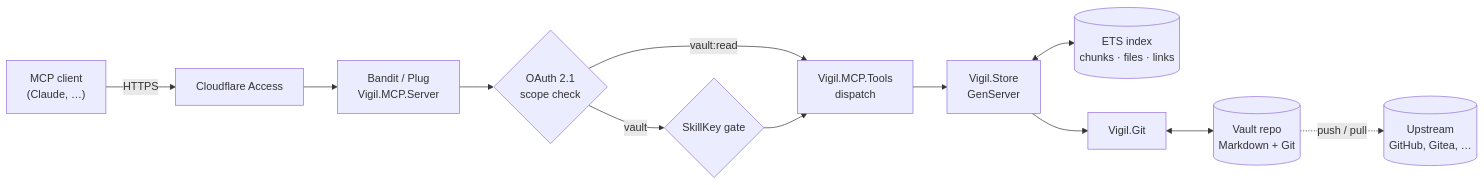
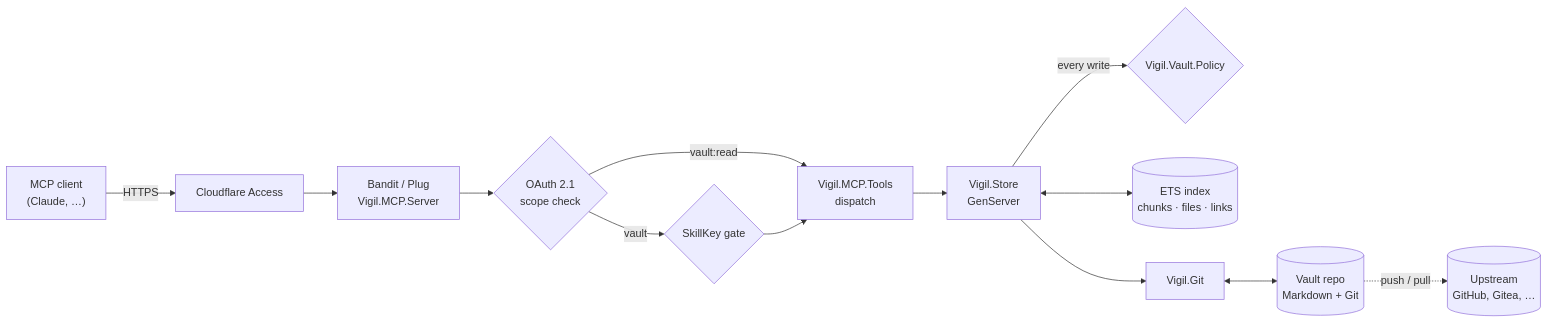
The first of 6 diagrams in README.md (64x-lunicorn/vigil), drawn with Mermaid before and after one commit. The commit also changed 23 other files, not shown here.

````diff
--- a/README.md
+++ b/README.md
@@ -58,14 +58,15 @@
 ```mermaid
 flowchart LR
     C["MCP client<br/>(Claude, …)"] -->|HTTPS| C1[Cloudflare Access]
     C1 --> B["Bandit / Plug<br/>Vigil.MCP.Server"]
     B --> O{"OAuth 2.1<br/>scope check"}
     O -->|"vault:read"| T["Vigil.MCP.Tools<br/>dispatch"]
     O -->|vault| K{SkillKey gate}
     K --> T
     T --> S["Vigil.Store<br/>GenServer"]
+    S -->|every write| V{"Vigil.Vault.Policy"}
     S <--> E[("ETS index<br/>chunks · files · links")]
     S --> G["Vigil.Git"]
     G <--> R[("Vault repo<br/>Markdown + Git")]
     R -.->|push / pull| U[("Upstream<br/>GitHub, Gitea, …")]
 ```
````
